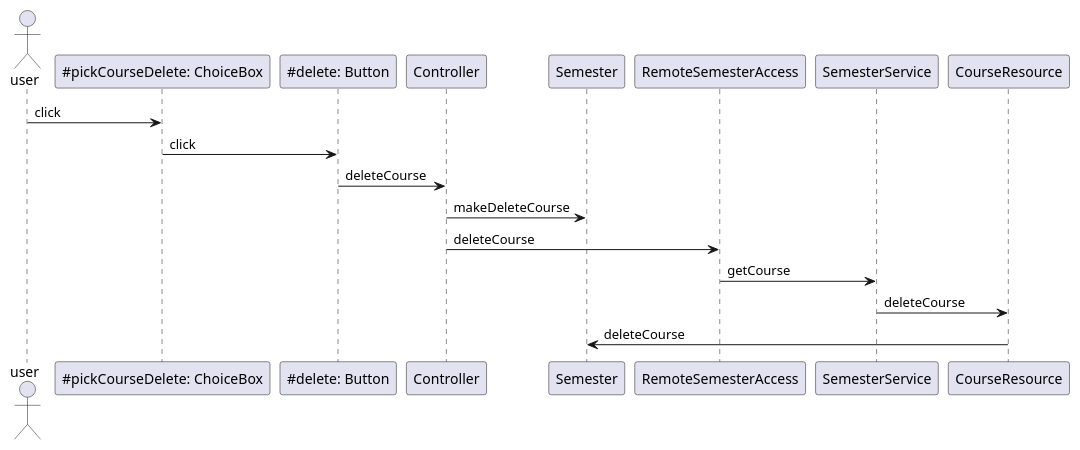
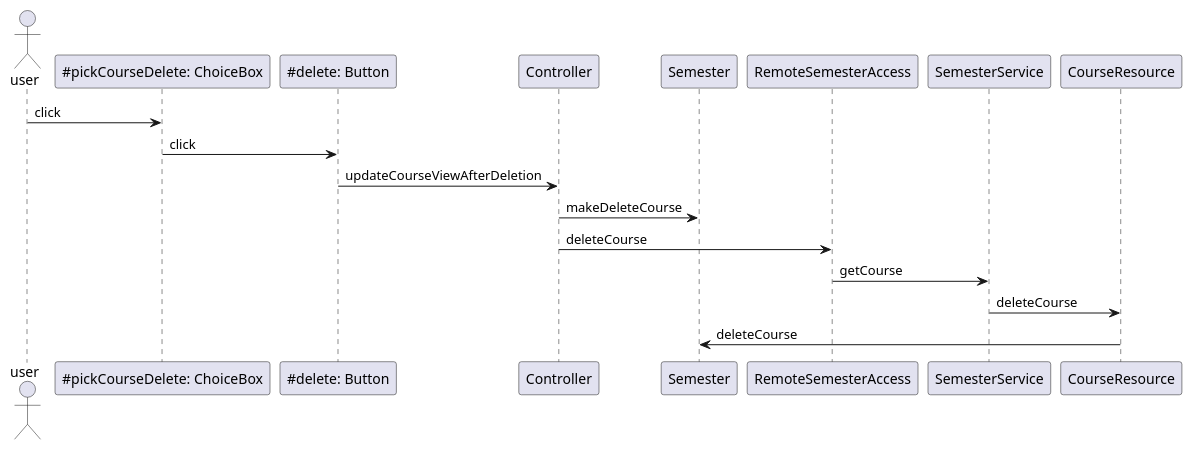
One commit to bmksimons/studytracker changed the second of 3 diagrams in beskrivelse.md. Above: the diagram before and after it, drawn with PlantUML.

````diff
--- a/beskrivelse.md
+++ b/beskrivelse.md
@@ -59,15 +59,15 @@
 ``` plantuml
 @startuml
 actor user
 user -> "~#pickCourseDelete: ChoiceBox" as pickCourseDelete: click
 pickCourseDelete -> "~#delete: Button" as delete: click
-delete -> Controller: deleteCourse
+delete -> Controller:  updateCourseViewAfterDeletion
 Controller -> Semester: makeDeleteCourse
 Controller -> RemoteSemesterAccess: deleteCourse
 RemoteSemesterAccess -> SemesterService: getCourse
 SemesterService -> CourseResource: deleteCourse
 CourseResource -> Semester: deleteCourse
 
 
 @enduml
 ```
````
